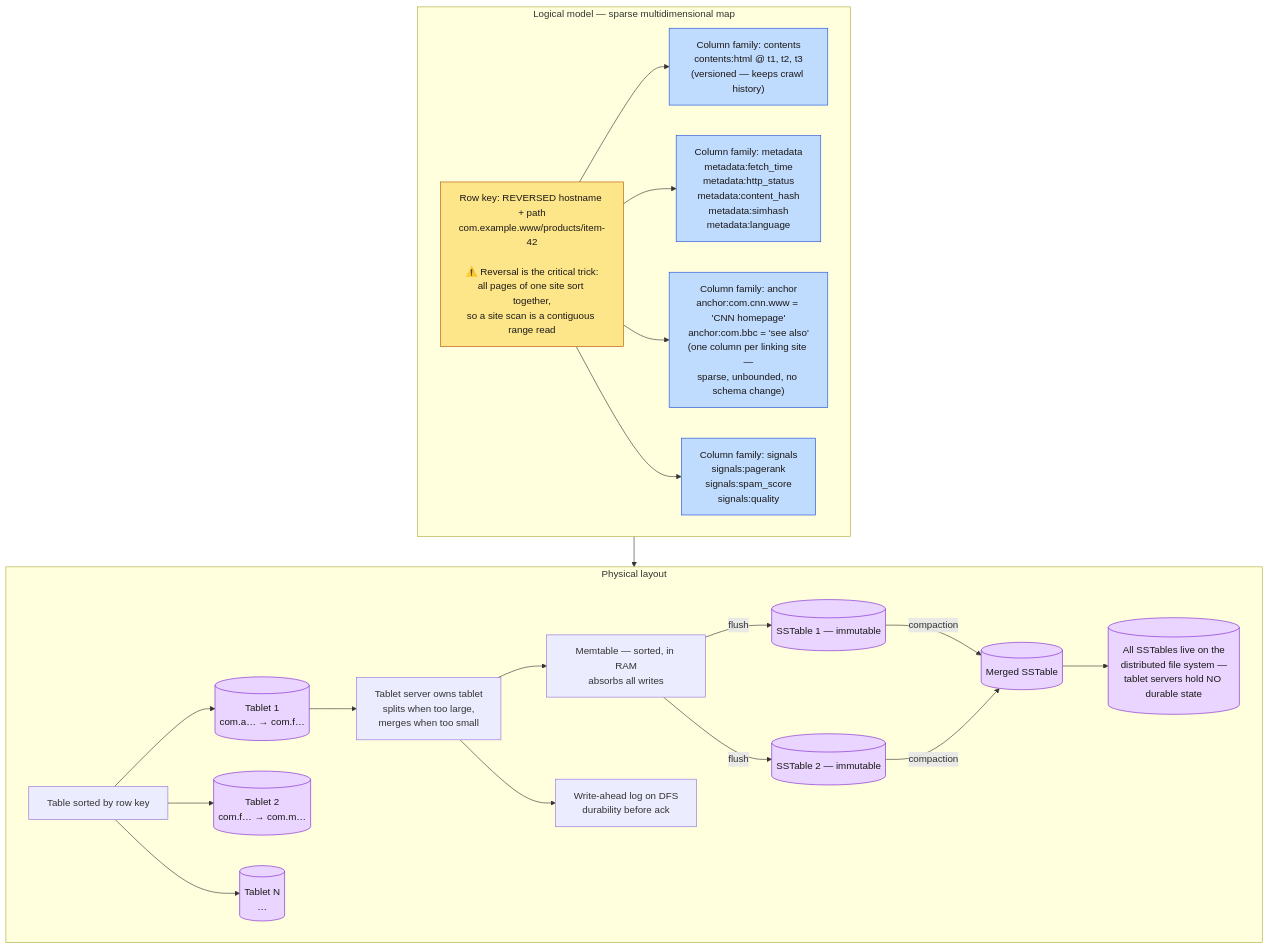
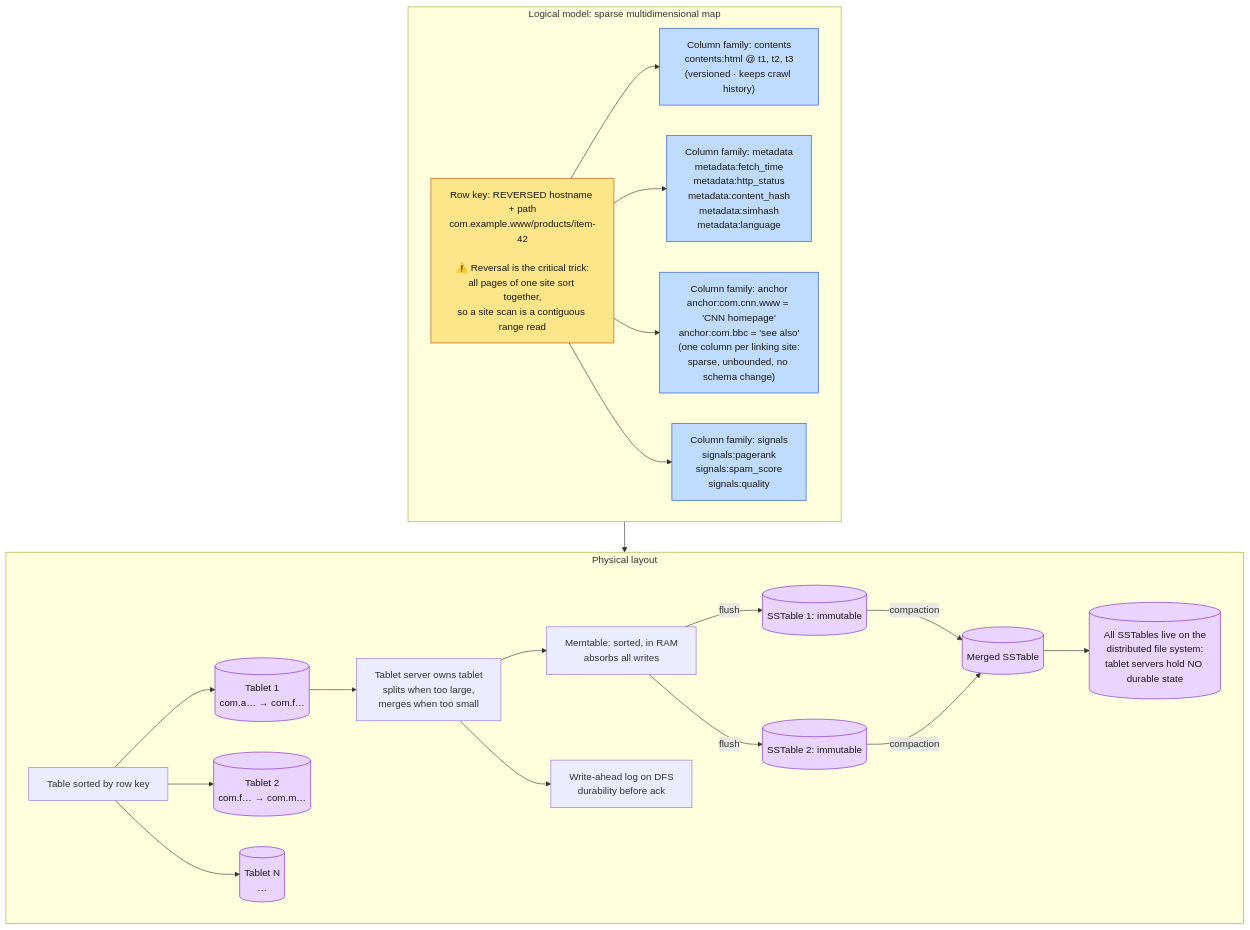
The third of 5 diagrams in docs/en/09-storage.md (ahmedselimmansor-ctrl/google-search-system-design), drawn with Mermaid before and after one commit. The commit also changed other lines of this file and 89 other files, not shown here.

````diff
--- a/docs/en/09-storage.md
+++ b/docs/en/09-storage.md
@@ -156,35 +156,35 @@
 ```mermaid
 flowchart TB
-    subgraph LOGICAL["Logical model — sparse multidimensional map"]
+    subgraph LOGICAL["Logical model: sparse multidimensional map"]
         RK["Row key: REVERSED hostname + path<br/>com.example.www/products/item-42<br/><br/>⚠️ Reversal is the critical trick:<br/>all pages of one site sort together,<br/>so a site scan is a contiguous range read"]
 
-        RK --> CF1["Column family: contents<br/>contents:html @ t1, t2, t3<br/>(versioned — keeps crawl history)"]
+        RK --> CF1["Column family: contents<br/>contents:html @ t1, t2, t3<br/>(versioned · keeps crawl history)"]
         RK --> CF2["Column family: metadata<br/>metadata:fetch_time<br/>metadata:http_status<br/>metadata:content_hash<br/>metadata:simhash<br/>metadata:language"]
-        RK --> CF3["Column family: anchor<br/>anchor:com.cnn.www = 'CNN homepage'<br/>anchor:com.bbc = 'see also'<br/>(one column per linking site —<br/>sparse, unbounded, no schema change)"]
+        RK --> CF3["Column family: anchor<br/>anchor:com.cnn.www = 'CNN homepage'<br/>anchor:com.bbc = 'see also'<br/>(one column per linking site:<br/>sparse, unbounded, no schema change)"]
         RK --> CF4["Column family: signals<br/>signals:pagerank<br/>signals:spam_score<br/>signals:quality"]
     end
 
     subgraph PHYSICAL["Physical layout"]
         T["Table sorted by row key"]
         T --> TB1[("Tablet 1<br/>com.a… → com.f…")]
         T --> TB2[("Tablet 2<br/>com.f… → com.m…")]
         T --> TB3[("Tablet N<br/>…")]
 
         TB1 --> TS["Tablet server owns tablet<br/>splits when too large,<br/>merges when too small"]
-        TS --> MEM["Memtable — sorted, in RAM<br/>absorbs all writes"]
+        TS --> MEM["Memtable: sorted, in RAM<br/>absorbs all writes"]
         TS --> WAL["Write-ahead log on DFS<br/>durability before ack"]
-        MEM -->|"flush"| SST1[("SSTable 1 — immutable")]
-        MEM -->|"flush"| SST2[("SSTable 2 — immutable")]
+        MEM -->|"flush"| SST1[("SSTable 1: immutable")]
+        MEM -->|"flush"| SST2[("SSTable 2: immutable")]
         SST1 & SST2 -->|"compaction"| SST3[("Merged SSTable")]
-        SST3 --> DFS[("All SSTables live on the<br/>distributed file system —<br/>tablet servers hold NO durable state")]
+        SST3 --> DFS[("All SSTables live on the<br/>distributed file system:<br/>tablet servers hold NO durable state")]
     end
 
     LOGICAL --> PHYSICAL
 
     classDef key fill:#fde68a,stroke:#b45309,color:#1c1917
     classDef fam fill:#bfdbfe,stroke:#1d4ed8,color:#1c1917
     classDef phys fill:#e9d5ff,stroke:#7e22ce,color:#1c1917
     class RK key
     class CF1,CF2,CF3,CF4 fam
     class TB1,TB2,TB3,SST1,SST2,SST3,DFS phys
 ```
````
